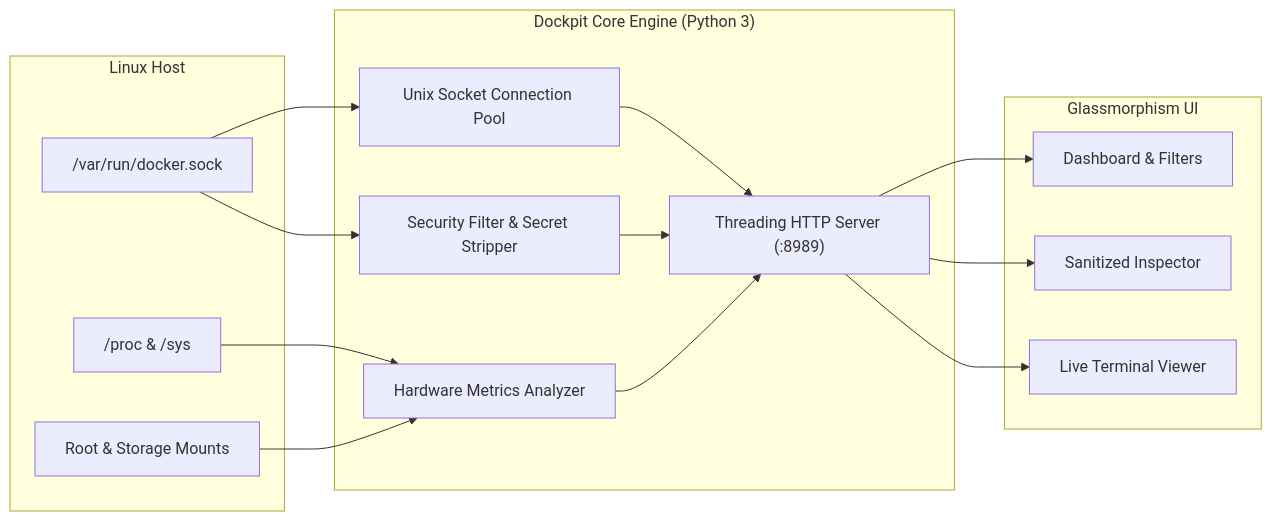
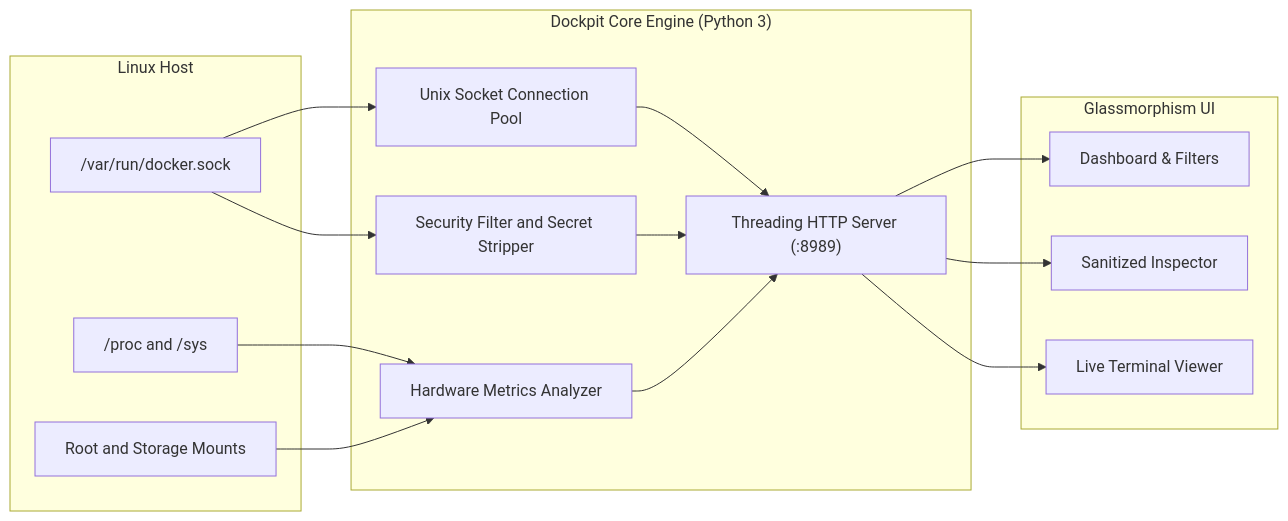
The diagram in README.md (Elounia/Dockpit), drawn with Mermaid before and after one commit. The commit also changed other lines of this file and 2 other files, not shown here.

Commit message:
docs: fix Mermaid edge syntax and remove invalid KaTeX math formatting

````diff
--- a/README.md
+++ b/README.md
@@ -130,32 +129,32 @@
 ```mermaid
 flowchart LR
     subgraph Host["Linux Host"]
         DockerSock["/var/run/docker.sock"]
-        ProcFS["/proc & /sys"]
-        Disks["Root & Storage Mounts"]
+        ProcFS["/proc and /sys"]
+        Disks["Root and Storage Mounts"]
     end
 
     subgraph Dockpit["Dockpit Core Engine (Python 3)"]
         SocketEngine["Unix Socket Connection Pool"]
         SysEngine["Hardware Metrics Analyzer"]
-        Sanitizer["Security Filter & Secret Stripper"]
+        Sanitizer["Security Filter and Secret Stripper"]
         HttpServer["Threading HTTP Server (:8989)"]
     end
 
     subgraph UI["Glassmorphism UI"]
         WebDashboard["Dashboard & Filters"]
         SafeInspector["Sanitized Inspector"]
         LogViewer["Live Terminal Viewer"]
     end
 
     DockerSock --> SocketEngine
     ProcFS --> SysEngine
     Disks --> SysEngine
     SocketEngine --> HttpServer
     SysEngine --> HttpServer
     DockerSock --> Sanitizer --> HttpServer
 
     HttpServer --> WebDashboard
     HttpServer --> SafeInspector
     HttpServer --> LogViewer
 ```
````
